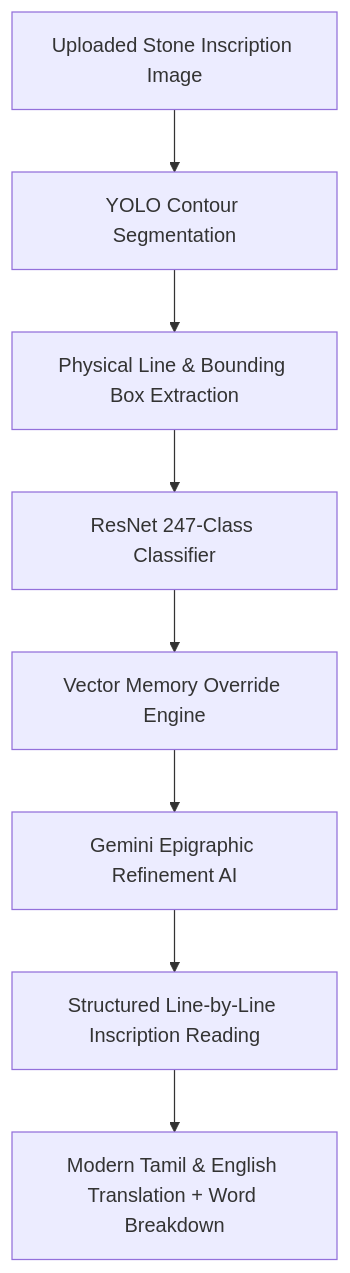
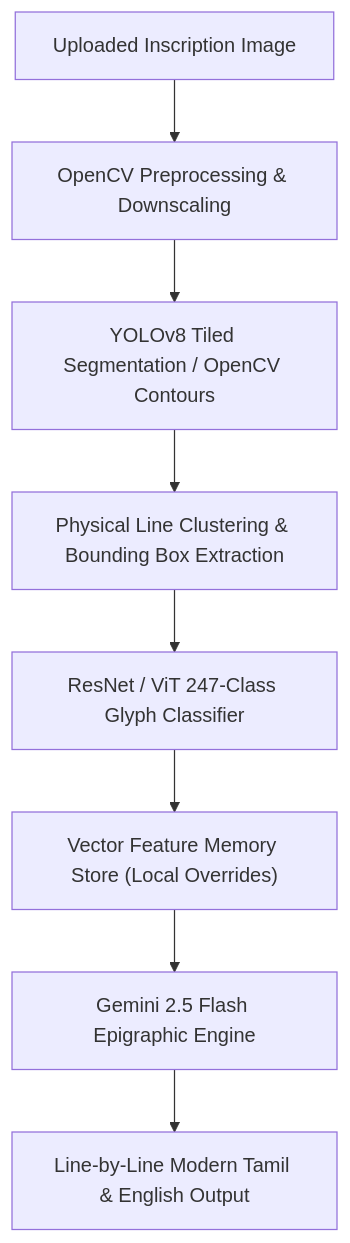
One commit to Jai-0709/tamil-script-translator changed the diagram in README.md. Above: the diagram before and after it, drawn with Mermaid. The commit also changed other lines of this file and 1 other file, not shown here.

Commit message:
docs & perf: update master README with full tech stack & fix 180s YOLO TTA timeout

````diff
--- a/README.md
+++ b/README.md
@@ -52,10 +52,10 @@
 ```mermaid
 graph TD
-    A["Uploaded Stone Inscription Image"] --> B["YOLO Contour Segmentation"]
-    B --> C["Physical Line & Bounding Box Extraction"]
-    C --> D["ResNet 247-Class Classifier"]
-    D --> E["Vector Memory Override Engine"]
-    E --> F["Gemini Epigraphic Refinement AI"]
-    F --> G["Structured Line-by-Line Inscription Reading"]
-    G --> H["Modern Tamil & English Translation + Word Breakdown"]
+    A["Uploaded Inscription Image"] --> B["OpenCV Preprocessing & Downscaling"]
+    B --> C["YOLOv8 Tiled Segmentation / OpenCV Contours"]
+    C --> D["Physical Line Clustering & Bounding Box Extraction"]
+    D --> E["ResNet / ViT 247-Class Glyph Classifier"]
+    E --> F["Vector Feature Memory Store (Local Overrides)"]
+    F --> G["Gemini 2.5 Flash Epigraphic Engine"]
+    G --> H["Line-by-Line Modern Tamil & English Output"]
 ```
````
